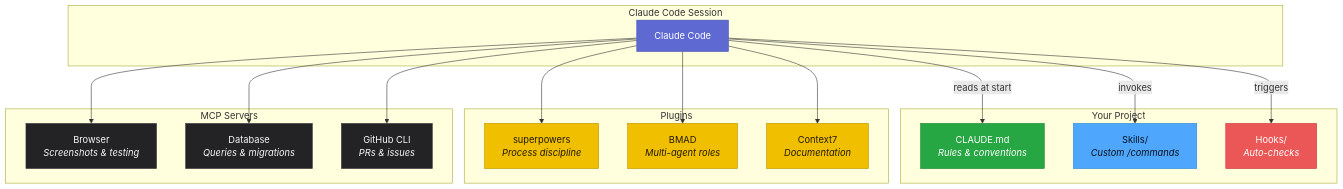
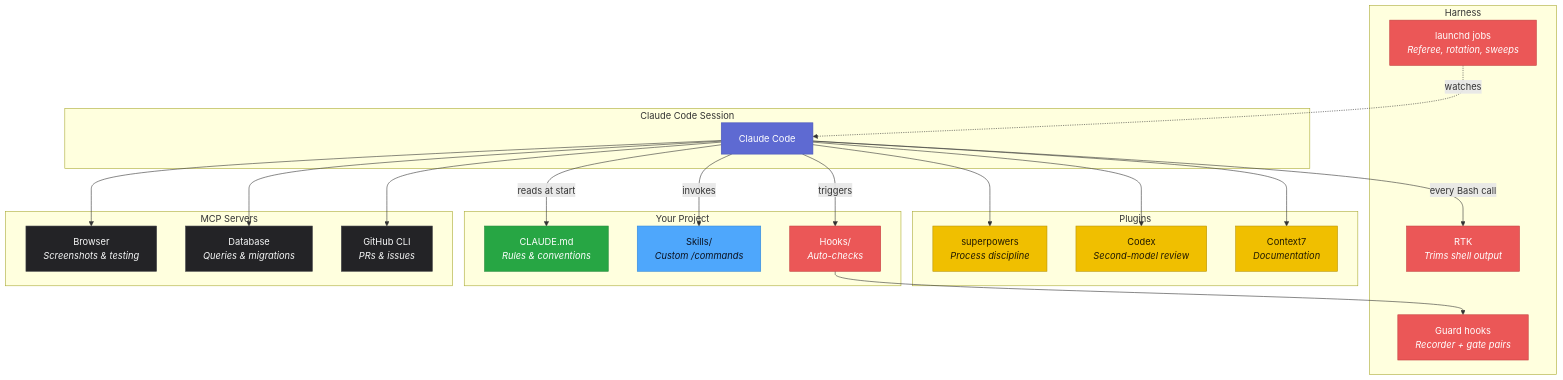
Before and after one commit to ao92265/claude-code-playbook: the second of 9 diagrams in README.md, drawn with Mermaid. The commit also changed other lines of this file and 389 other files, not shown here.

````diff
--- a/README.md
+++ b/README.md
@@ -97,47 +108,57 @@
 ```mermaid
 graph TB
     subgraph "Your Project"
         CM["CLAUDE.md<br/><em>Rules & conventions</em>"]
         SK["Skills/<br/><em>Custom /commands</em>"]
         HK["Hooks/<br/><em>Auto-checks</em>"]
     end
 
     subgraph "Claude Code Session"
         CC["Claude Code"]
         CC -->|"reads at start"| CM
         CC -->|"invokes"| SK
         CC -->|"triggers"| HK
     end
 
     subgraph "Plugins"
         SP["superpowers<br/><em>Process discipline</em>"]
-        BMAD["BMAD<br/><em>Multi-agent roles</em>"]
+        CX["Codex<br/><em>Second-model review</em>"]
         C7["Context7<br/><em>Documentation</em>"]
+    end
+
+    subgraph "Harness"
+        RTK["RTK<br/><em>Trims shell output</em>"]
+        GATE["Guard hooks<br/><em>Recorder + gate pairs</em>"]
+        OPS["launchd jobs<br/><em>Referee, rotation, sweeps</em>"]
     end
 
     subgraph "MCP Servers"
         BR["Browser<br/><em>Screenshots & testing</em>"]
         DB["Database<br/><em>Queries & migrations</em>"]
         GH["GitHub CLI<br/><em>PRs & issues</em>"]
     end
 
     CC --> SP
-    CC --> BMAD
+    CC --> CX
+    HK --> GATE
+    CC -->|"every Bash call"| RTK
+    OPS -.->|"watches"| CC
     CC --> C7
     CC --> BR
     CC --> DB
     CC --> GH
 
     classDef primary fill:#5E6AD2,stroke:#4653B8,color:#FFFFFF
     classDef info fill:#4EA7FC,stroke:#2E86D9,color:#0B1220
     classDef success fill:#27A644,stroke:#1F8737,color:#FFFFFF
     classDef danger fill:#EB5757,stroke:#C43D3D,color:#FFFFFF
     classDef warn fill:#F0BF00,stroke:#B89200,color:#221A00
     classDef dark fill:#232326,stroke:#3E3E44,color:#F7F8F8
     class CC primary
     class CM success
     class SK info
     class HK danger
-    class SP,BMAD,C7 warn
+    class SP,CX,C7 warn
+    class RTK,GATE,OPS danger
     class BR,DB,GH dark
 ```
````
